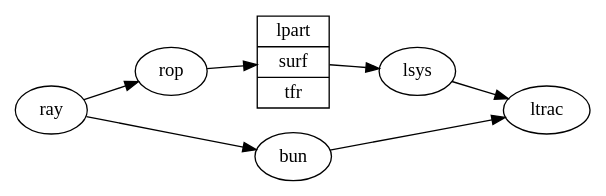
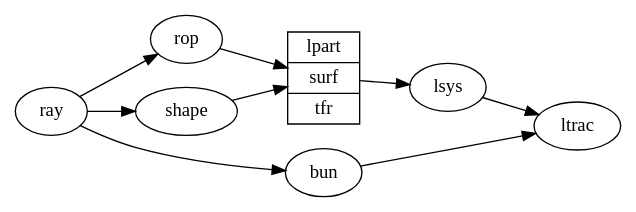
Before and after one commit to thomashoullier/robintrace: the diagram in doc/images/arch/overview/overview.dot, drawn with Graphviz. The commit also changed 1 other file, not shown here.

Commit message:
added a shape class for specifying ray intersections

```diff
--- a/doc/images/arch/overview/overview.dot
+++ b/doc/images/arch/overview/overview.dot
@@ -1,11 +1,13 @@
 digraph {
 rankdir="LR"
 ray -> rop
 ray -> bun
+nshape [label="shape"]
+ray -> nshape
 
 lpart [shape=record, label="lpart | surf | tfr"]
-rop -> lpart
+{rop,nshape} -> lpart
 
 lpart -> lsys
 {lsys,bun} -> ltrac
 }
```
